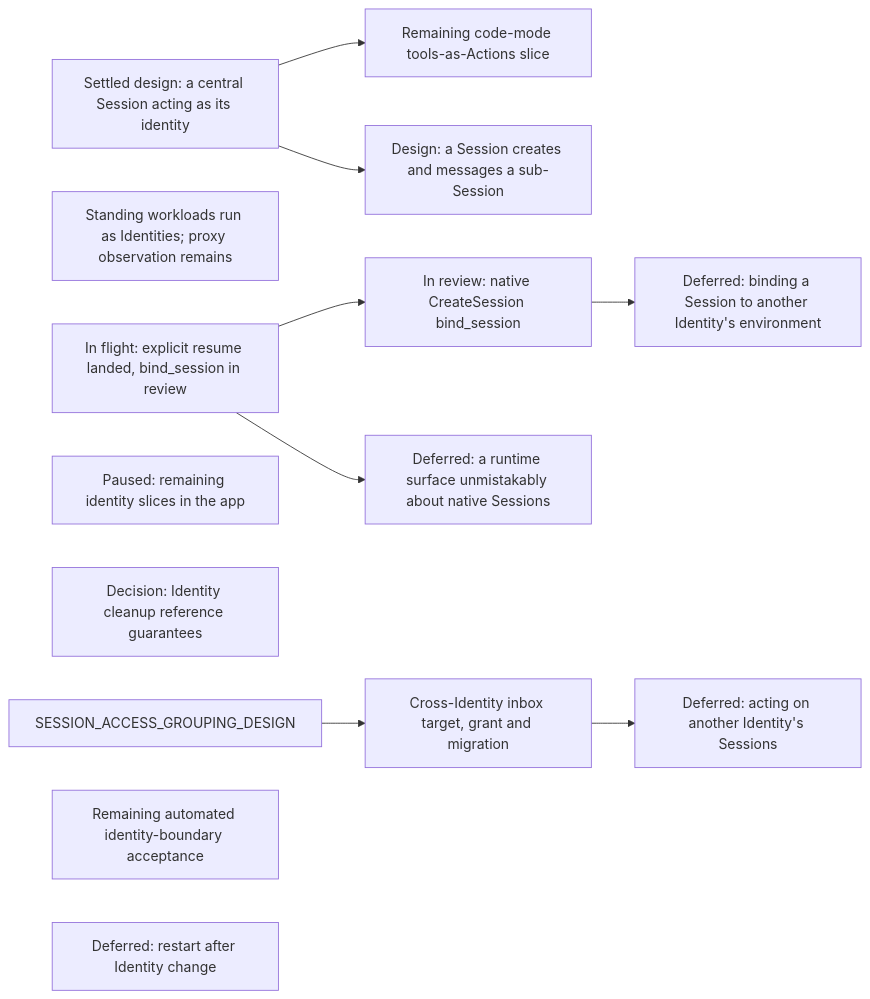
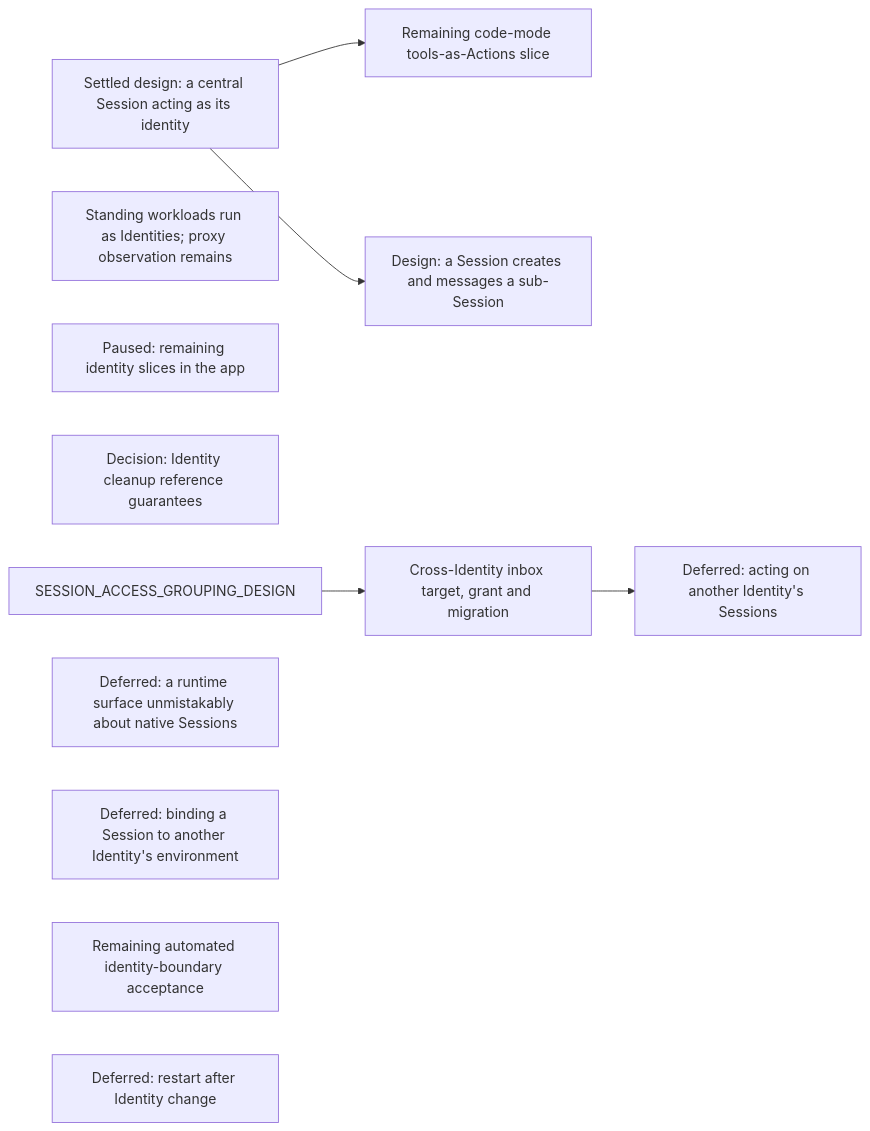
Before and after one commit to agentydragon/ducktape: diagram 18 of 21 in agentplane/plans/task_dag.md, drawn with Mermaid. The commit also changed other lines of this file and 2 other files, not shown here.

````diff
--- a/agentplane/plans/task_dag.md
+++ b/agentplane/plans/task_dag.md
@@ -3311,20 +3306,17 @@
 ```mermaid
 flowchart LR
     CENTRAL_SESSION_ACTING_DESIGN[Settled design: a central Session acting as its identity]
     CENTRAL_SESSION_DELEGATED_ACTING[Remaining code-mode tools-as-Actions slice]
     CENTRAL_SESSION_ACTING_DESIGN --> CENTRAL_SESSION_DELEGATED_ACTING
     STANDING_WORKLOAD_IDENTITY[Standing workloads run as Identities; proxy observation remains]
-    ENVIRONMENT_LIFECYCLE_RULES[In flight: explicit resume landed, bind_session in review]
-    ENVIRONMENT_IDENTITY_BIND_SESSION[In review: native CreateSession bind_session]
-    ENVIRONMENT_LIFECYCLE_RULES --> ENVIRONMENT_IDENTITY_BIND_SESSION
     APP_IDENTITIES_UI[Paused: remaining identity slices in the app]
     IDENTITY_CLEANUP_REFERENCE_DECISION[Decision: Identity cleanup reference guarantees]
     SESSION_SUBAGENT_DELEGATION[Design: a Session creates and messages a sub-Session]
     CENTRAL_SESSION_ACTING_DESIGN --> SESSION_SUBAGENT_DELEGATION
     SESSION_ACCESS_GROUPING_DESIGN --> SESSION_IDENTITY_AUTHZ[Cross-Identity inbox target, grant and migration]
     SESSION_IDENTITY_AUTHZ --> SESSION_CROSS_IDENTITY_AUTHORITY[Deferred: acting on another Identity's Sessions]
-    ENVIRONMENT_LIFECYCLE_RULES --> ENVIRONMENT_RUNTIME_NATIVE_SURFACE[Deferred: a runtime surface unmistakably about native Sessions]
-    ENVIRONMENT_IDENTITY_BIND_SESSION --> CROSS_IDENTITY_SESSION_BINDING[Deferred: binding a Session to another Identity's environment]
+    ENVIRONMENT_RUNTIME_NATIVE_SURFACE[Deferred: a runtime surface unmistakably about native Sessions]
+    CROSS_IDENTITY_SESSION_BINDING[Deferred: binding a Session to another Identity's environment]
     IDENTITY_SYSTEM_TESTS[Remaining automated identity-boundary acceptance]
     SANDBOX_IDENTITY_CHANGE_CHECKPOINT[Deferred: restart after Identity change]
 ```
````
